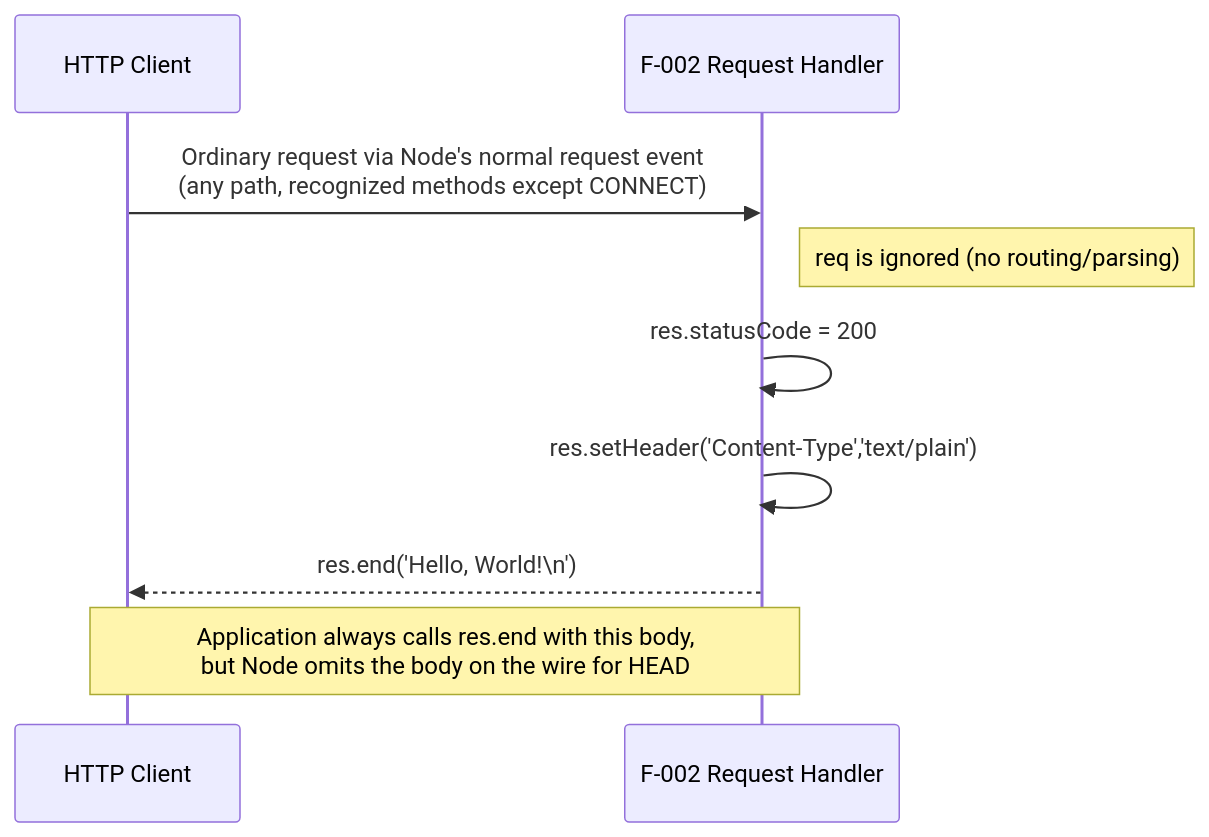
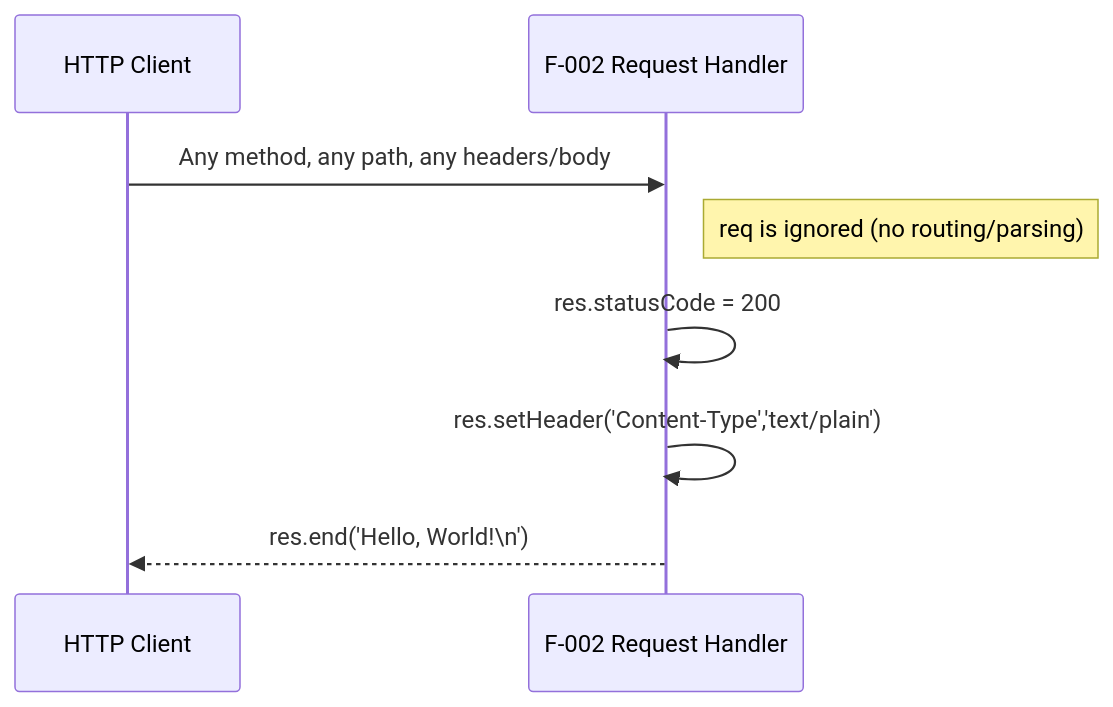
One commit to ajitblitzy/Ajit_GH_Repo-12-Mar-26 changed the third of 3 diagrams in docs/architecture.md. Above: the diagram before and after it, drawn with Mermaid. The commit also changed 5 other files, not shown here.

````diff
--- a/docs/architecture.md
+++ b/docs/architecture.md
@@ -61,11 +61,10 @@
 ```mermaid
 sequenceDiagram
     participant C as HTTP Client
     participant S as F-002 Request Handler
-    C->>S: Ordinary request via Node's normal request event<br/>(any path, recognized methods except CONNECT)
+    C->>S: Any method, any path, any headers/body
     Note right of S: req is ignored (no routing/parsing)
     S->>S: res.statusCode = 200
     S->>S: res.setHeader('Content-Type','text/plain')
     S-->>C: res.end('Hello, World!\n')
-    Note over S,C: Application always calls res.end with this body,<br/>but Node omits the body on the wire for HEAD
 ```
````
